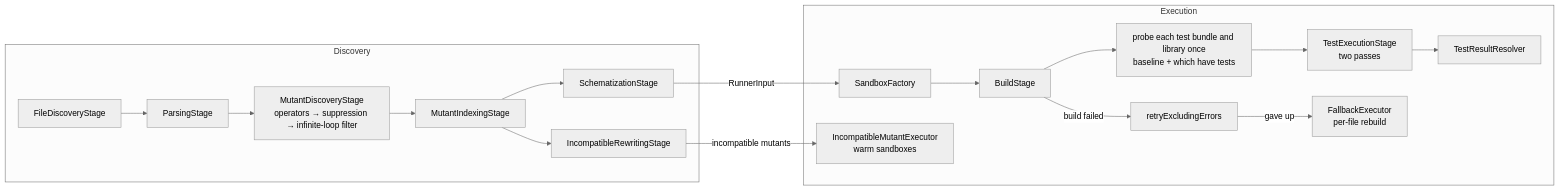
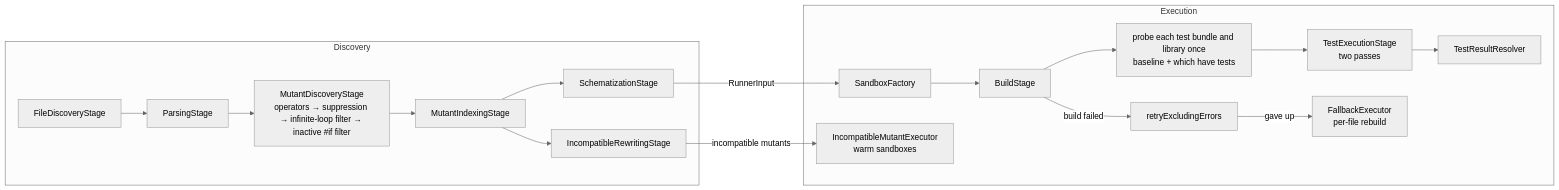
The third of 3 diagrams in Docs/Architecture/01-overview.md (C24-Bank/swift-mutation-testing), drawn with Mermaid (neutral theme) before and after one commit. The commit also changed 7 other files, not shown here.

````diff
--- a/Docs/Architecture/01-overview.md
+++ b/Docs/Architecture/01-overview.md
@@ -78,21 +78,21 @@
 ```mermaid
 flowchart LR
     subgraph Discovery
         FD[FileDiscoveryStage] --> PS[ParsingStage]
-        PS --> MD["MutantDiscoveryStage\noperators → suppression → infinite-loop filter"]
+        PS --> MD["MutantDiscoveryStage\noperators → suppression → infinite-loop filter → inactive #if filter"]
         MD --> MI[MutantIndexingStage]
         MI --> SS[SchematizationStage]
         MI --> IRS[IncompatibleRewritingStage]
     end
     subgraph Execution
         SF[SandboxFactory] --> BS[BuildStage]
         BS --> PROBE["probe each test bundle and library once\nbaseline + which have tests"]
         PROBE --> TES["TestExecutionStage\ntwo passes"]
         BS -- build failed --> RETRY[retryExcludingErrors]
         RETRY -- gave up --> FBP[FallbackExecutor\nper-file rebuild]
         TES --> TR[TestResultResolver]
         IME["IncompatibleMutantExecutor\nwarm sandboxes"]
     end
     SS -- RunnerInput --> SF
     IRS -- incompatible mutants --> IME
 ```
````
